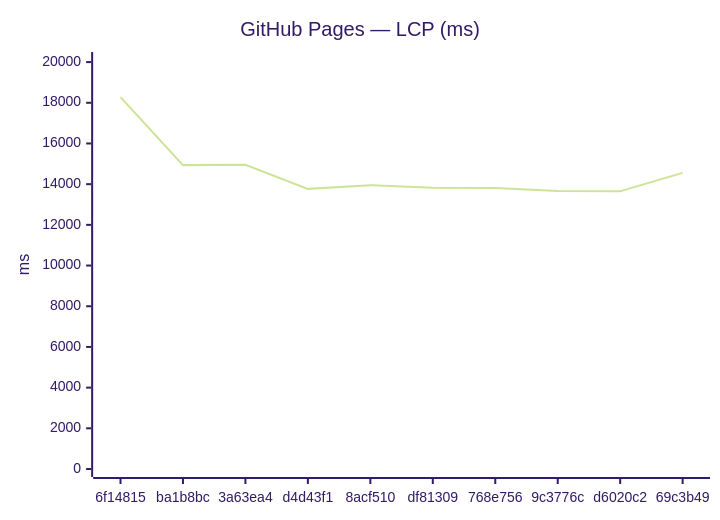
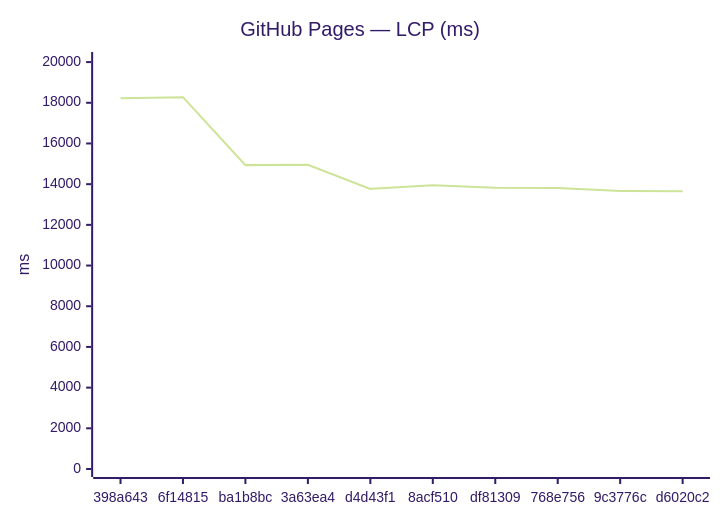
Before and after one commit to Metaheurist/Rianell: the third of 18 diagrams in benchmarks/compare.md, drawn with Mermaid (forest theme). The commit also changed other lines of this file and 11 other files, not shown here.

````diff
--- a/benchmarks/compare.md
+++ b/benchmarks/compare.md
@@ -54,7 +54,7 @@
 ```mermaid
 xychart-beta
     title "GitHub Pages — LCP (ms)"
-    x-axis ["6f14815", "ba1b8bc", "3a63ea4", "d4d43f1", "8acf510", "df81309", "768e756", "9c3776c", "d6020c2", "69c3b49"]
+    x-axis ["398a643", "6f14815", "ba1b8bc", "3a63ea4", "d4d43f1", "8acf510", "df81309", "768e756", "9c3776c", "d6020c2"]
     y-axis "ms" 0 --> 20103
-    line [18275, 14936, 14957, 13769, 13952, 13820, 13811, 13660, 13653, 14556]
+    line [18222, 18275, 14936, 14957, 13769, 13952, 13820, 13811, 13660, 13653]
 ```
````
